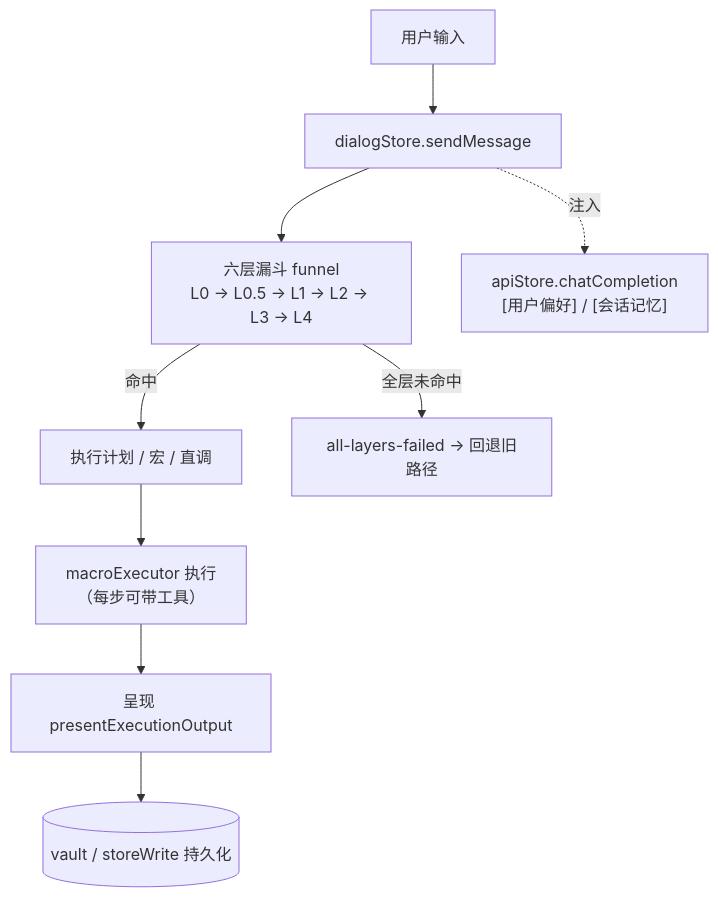
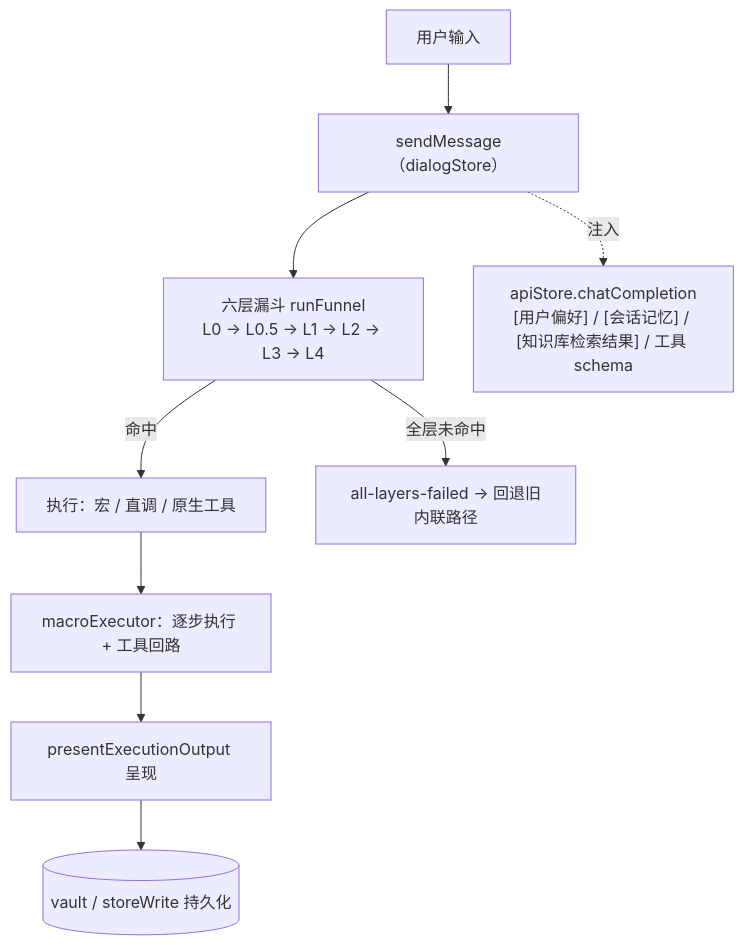
The diagram in docs/HoloStarmap-OVERVIEW-ground-truth.md (sky-mirrors/SKY), drawn with Mermaid before and after one commit. The commit also changed other lines of this file, not shown here.

````diff
--- a/docs/HoloStarmap-OVERVIEW-ground-truth.md
+++ b/docs/HoloStarmap-OVERVIEW-ground-truth.md
@@ -37,11 +66,11 @@
 ```mermaid
 flowchart TD
-  U[用户输入] --> S[dialogStore.sendMessage]
-  S --> F["六层漏斗 funnel<br/>L0 → L0.5 → L1 → L2 → L3 → L4"]
-  F -->|命中| P[执行计划 / 宏 / 直调]
-  F -->|"全层未命中"| E[all-layers-failed → 回退旧路径]
-  P --> M["macroExecutor 执行<br/>（每步可带工具）"]
-  M --> R[呈现 presentExecutionOutput]
-  S -.->|"注入"| C["apiStore.chatCompletion<br/>[用户偏好] / [会话记忆]"]
+  U[用户输入] --> S["sendMessage（dialogStore）"]
+  S --> F["六层漏斗 runFunnel<br/>L0 → L0.5 → L1 → L2 → L3 → L4"]
+  F -->|命中| P["执行：宏 / 直调 / 原生工具"]
+  F -->|"全层未命中"| E["all-layers-failed → 回退旧内联路径"]
+  P --> M["macroExecutor：逐步执行 + 工具回路"]
+  M --> R[presentExecutionOutput 呈现]
+  S -.->|注入| C["apiStore.chatCompletion<br/>[用户偏好] / [会话记忆] / [知识库检索结果] / 工具 schema"]
   R --> DB[(vault / storeWrite 持久化)]
 ```
````
